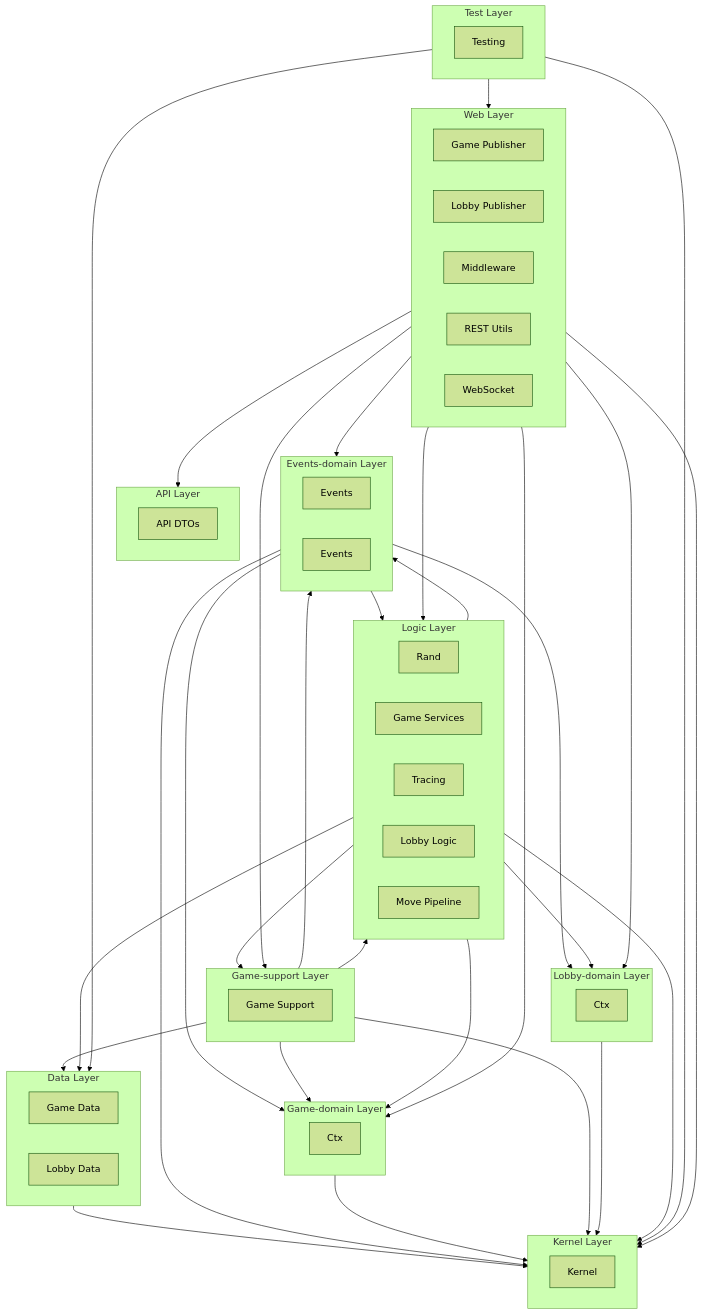
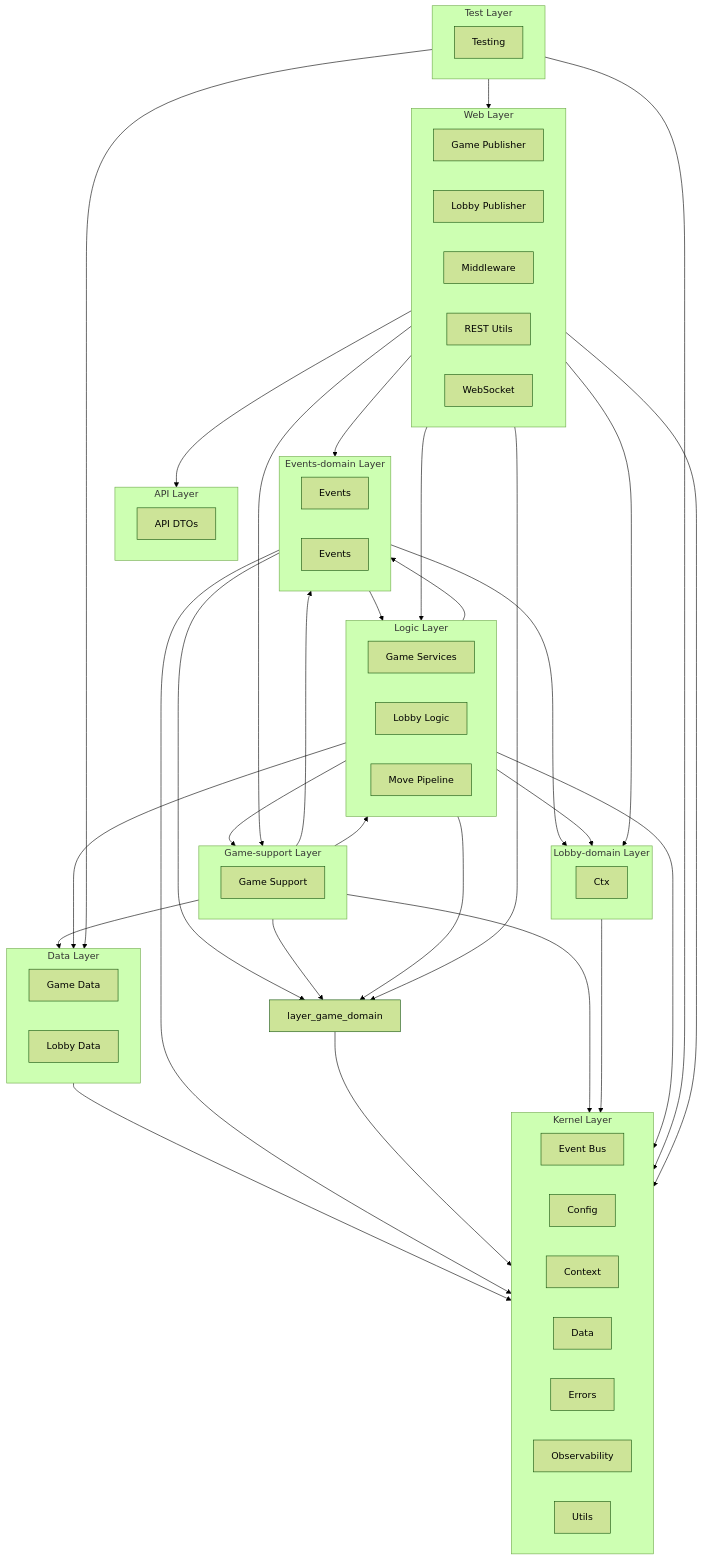
Before and after one commit to go-risk-it/go-risk-it: the second of 6 diagrams in docs/architecture.md, drawn with Mermaid (forest theme). The commit also changed 7 other files, not shown here.

First line of the commit message:
style(archdiagram): ELK layout, styled containers, consolidated nodes

```diff
--- a/docs/architecture.md
+++ b/docs/architecture.md
@@ -50,7 +50,13 @@
 
     subgraph layer_kernel["Kernel Layer"]
         direction LR
-        pkg_kernel["Kernel"]
+        pkg_kernel_bus["Event Bus"]
+        pkg_kernel_config["Config"]
+        pkg_kernel_ctx["Context"]
+        pkg_kernel_data["Data"]
+        pkg_kernel_errors["Errors"]
+        pkg_kernel_observability["Observability"]
+        pkg_kernel_utils["Utils"]
     end
 
     subgraph layer_data["Data Layer"]
@@ -65,11 +71,6 @@
         pkg_lobby_events["Events"]
     end
 
-    subgraph layer_game_domain["Game-domain Layer"]
-        direction LR
-        pkg_game_ctx["Ctx"]
-    end
-
     subgraph layer_game_support["Game-support Layer"]
         direction LR
         pkg_game_support["Game Support"]
@@ -82,9 +83,7 @@
 
     subgraph layer_logic["Logic Layer"]
         direction LR
-        pkg_game_rand["Rand"]
         pkg_game_services["Game Services"]
-        pkg_game_tracing["Tracing"]
         pkg_lobby_logic["Lobby Logic"]
         pkg_move_pipeline["Move Pipeline"]
     end
```
